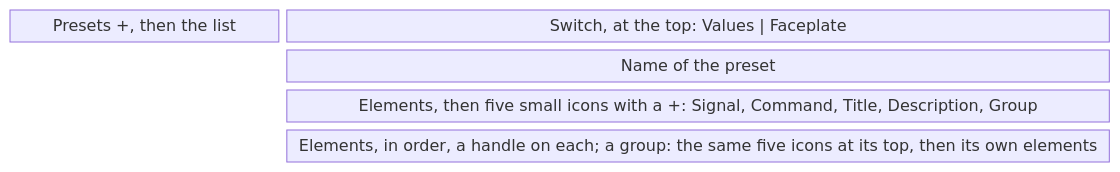
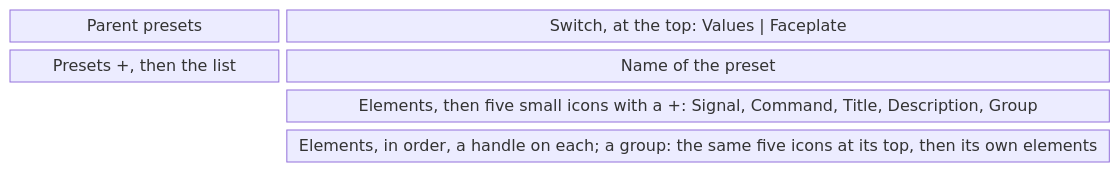
Diagram 11 of 16 in screens/metadata.md (AlexandreGallais/synoptic-studio-spec), drawn with Mermaid before and after one commit. The commit also changed other lines of this file and 16 other files, not shown here.

First line of the commit message:
docs(metadata): split the presets into parent presets and own presets

````diff
--- a/screens/metadata.md
+++ b/screens/metadata.md
@@ -361,8 +361,8 @@
 ```mermaid
 block-beta
     columns 4
-    list["Presets +, then the list"] sw["Switch, at the top: Values | Faceplate"]:3
-    space name["Name of the preset"]:3
+    parents["Parent presets"] sw["Switch, at the top: Values | Faceplate"]:3
+    list["Presets +, then the list"] name["Name of the preset"]:3
     space add["Elements, then five small icons with a +: Signal, Command, Title, Description, Group"]:3
     space items["Elements, in order, a handle on each; a group: the same five icons at its top, then its own elements"]:3
 ```
````
